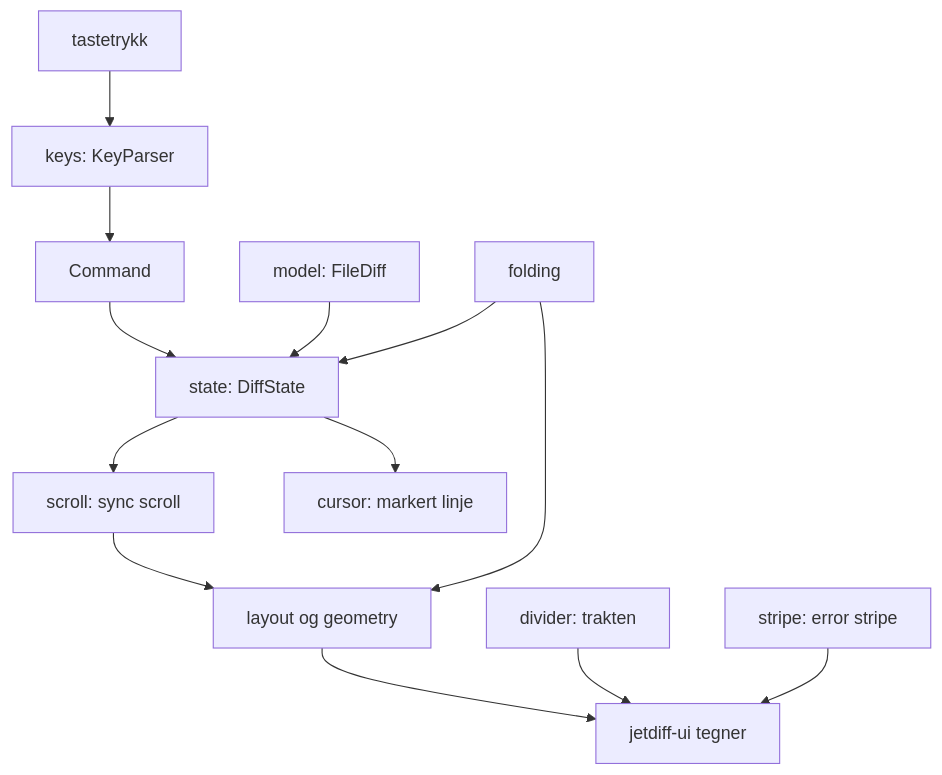
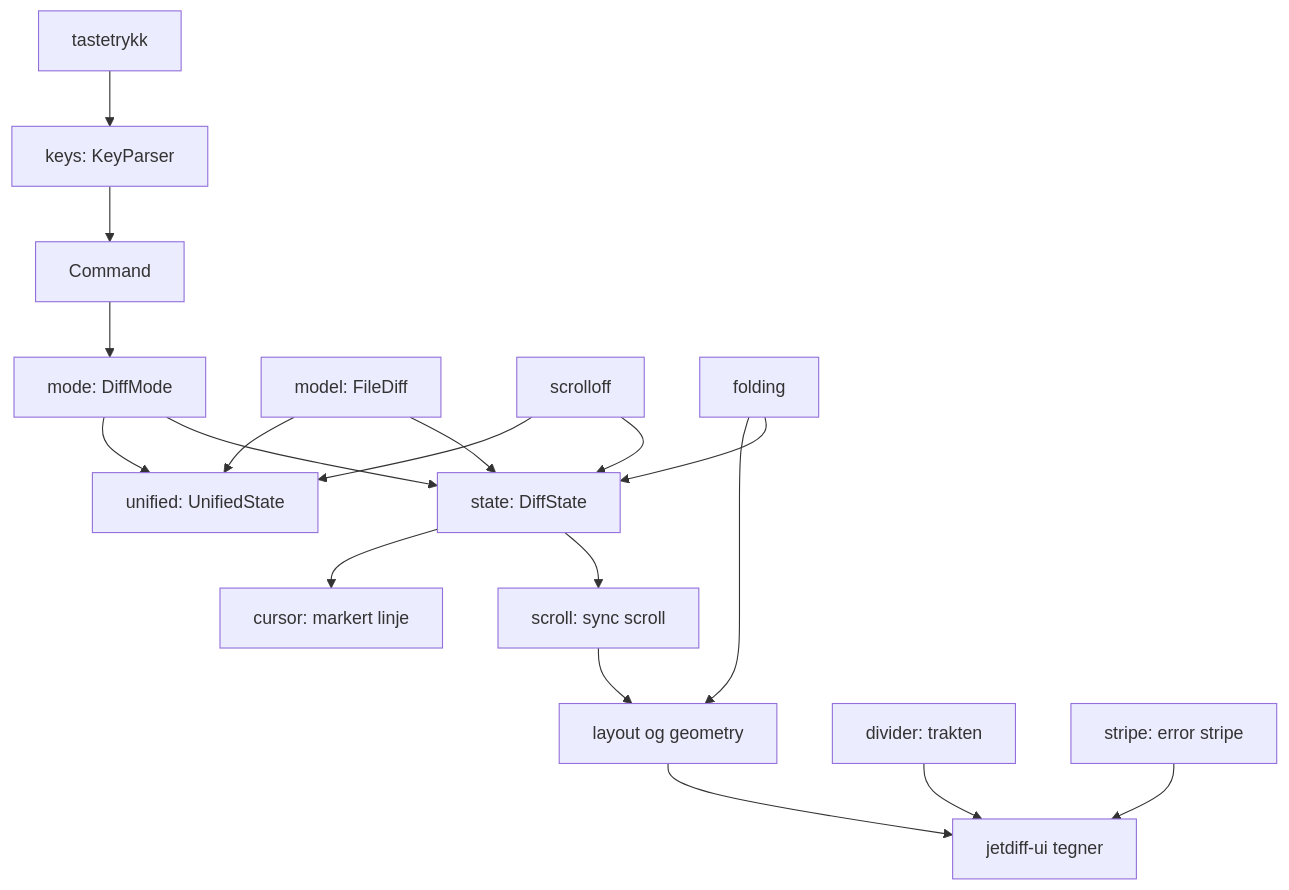
The diagram in crates/jetdiff-view/README.md (akemkers/jetdiff), drawn with Mermaid before and after one commit. The commit also changed other lines of this file and 5 other files, not shown here.

Commit message:
Dokumenter unified diff

````diff
--- a/crates/jetdiff-view/README.md
+++ b/crates/jetdiff-view/README.md
@@ -32,15 +36,20 @@
 ```mermaid
 graph TD
     key[tastetrykk] --> keys[keys: KeyParser]
     keys --> cmd[Command]
-    cmd --> state[state: DiffState]
+    cmd --> mode[mode: DiffMode]
+    mode --> state[state: DiffState]
+    mode --> unified[unified: UnifiedState]
     model[model: FileDiff] --> state
+    model --> unified
+    scrolloff[scrolloff] --> state
+    scrolloff --> unified
     folding[folding] --> state
     state --> scroll[scroll: sync scroll]
     state --> cursor[cursor: markert linje]
     scroll --> layout[layout og geometry]
     folding --> layout
     layout --> ui[jetdiff-ui tegner]
     divider[divider: trakten] --> ui
     stripe[stripe: error stripe] --> ui
 ```
````
